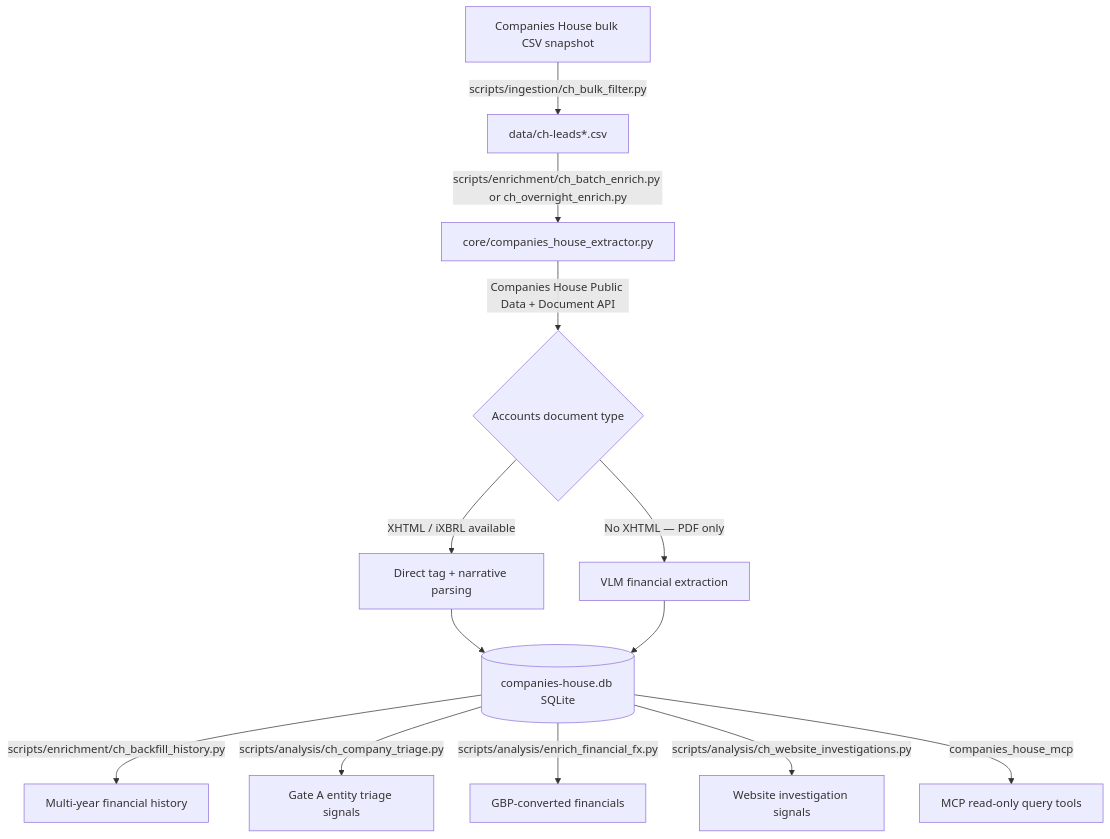
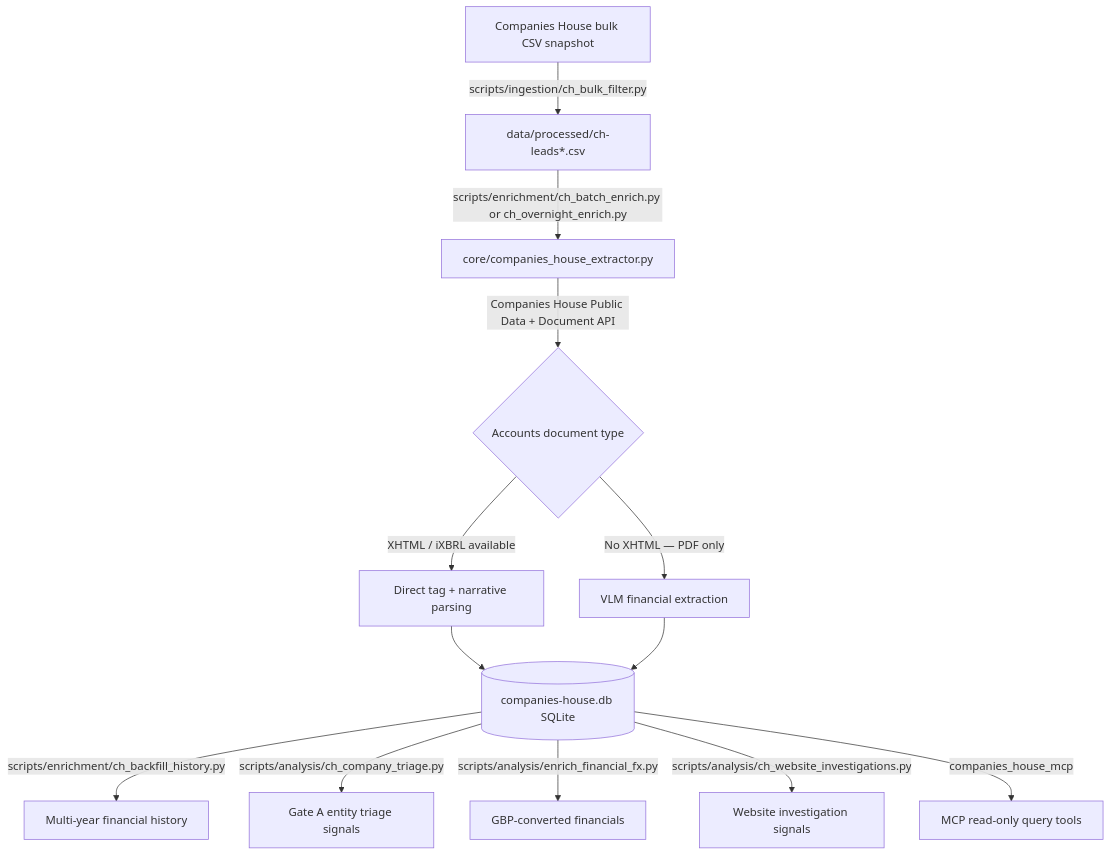
One commit to butlerwill1/companies-house-leads changed the first of 2 diagrams in README.md. Above: the diagram before and after it, drawn with Mermaid. The commit also changed other lines of this file and 7 other files, not shown here.

````diff
--- a/README.md
+++ b/README.md
@@ -12,15 +12,15 @@
 ```mermaid
 flowchart TD
-    A[Companies House bulk CSV snapshot] -->|scripts/ingestion/ch_bulk_filter.py| B[data/ch-leads*.csv]
+    A[Companies House bulk CSV snapshot] -->|scripts/ingestion/ch_bulk_filter.py| B[data/processed/ch-leads*.csv]
     B -->|scripts/enrichment/ch_batch_enrich.py or ch_overnight_enrich.py| C[core/companies_house_extractor.py]
     C -->|Companies House Public Data + Document API| D{Accounts document type}
     D -->|XHTML / iXBRL available| E[Direct tag + narrative parsing]
     D -->|No XHTML — PDF only| F[VLM financial extraction]
     E --> G[(companies-house.db SQLite)]
     F --> G
     G -->|scripts/enrichment/ch_backfill_history.py| H[Multi-year financial history]
     G -->|scripts/analysis/ch_company_triage.py| T[Gate A entity triage signals]
     G -->|scripts/analysis/enrich_financial_fx.py| I[GBP-converted financials]
     G -->|scripts/analysis/ch_website_investigations.py| J[Website investigation signals]
     G -->|companies_house_mcp| K[MCP read-only query tools]
 ```
````
